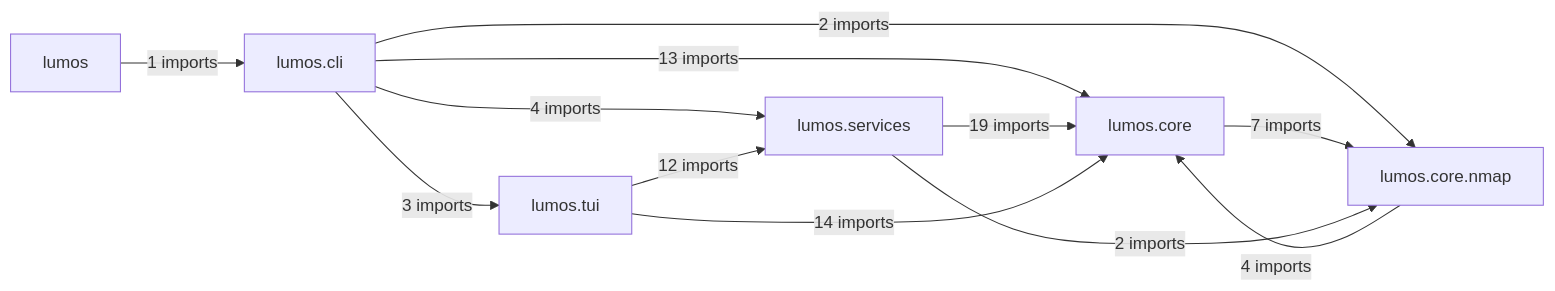
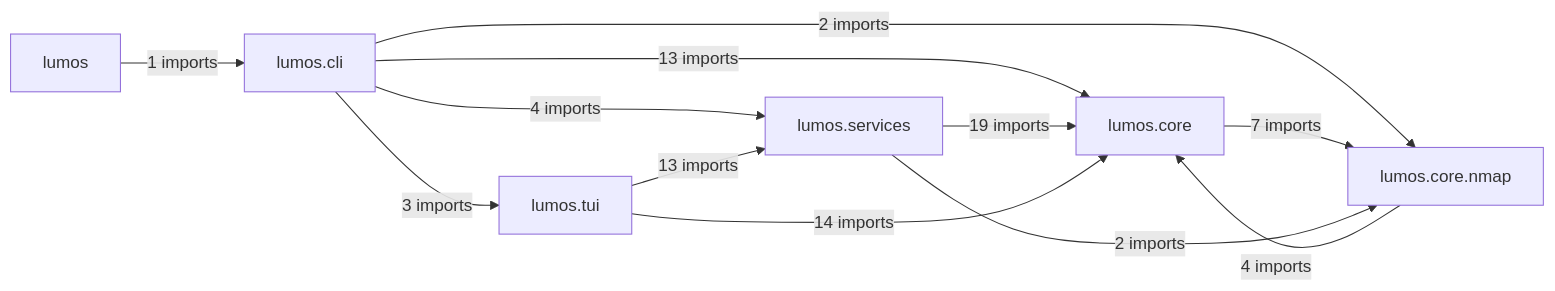
The diagram in docs/architecture/modules.md (lko47/lumos), drawn with Mermaid before and after one commit. The commit also changed other lines of this file and 5 other files, not shown here.

````diff
--- a/docs/architecture/modules.md
+++ b/docs/architecture/modules.md
@@ -7,20 +7,20 @@
 ```mermaid
 flowchart LR
     P0["lumos"]
     P1["lumos.cli"]
     P2["lumos.core"]
     P3["lumos.core.nmap"]
     P4["lumos.services"]
     P5["lumos.tui"]
     P0 -->|"1 imports"| P1
     P1 -->|"13 imports"| P2
     P1 -->|"2 imports"| P3
     P1 -->|"4 imports"| P4
     P1 -->|"3 imports"| P5
     P2 -->|"7 imports"| P3
     P3 -->|"4 imports"| P2
     P4 -->|"19 imports"| P2
     P4 -->|"2 imports"| P3
     P5 -->|"14 imports"| P2
-    P5 -->|"12 imports"| P4
+    P5 -->|"13 imports"| P4
 ```
````
